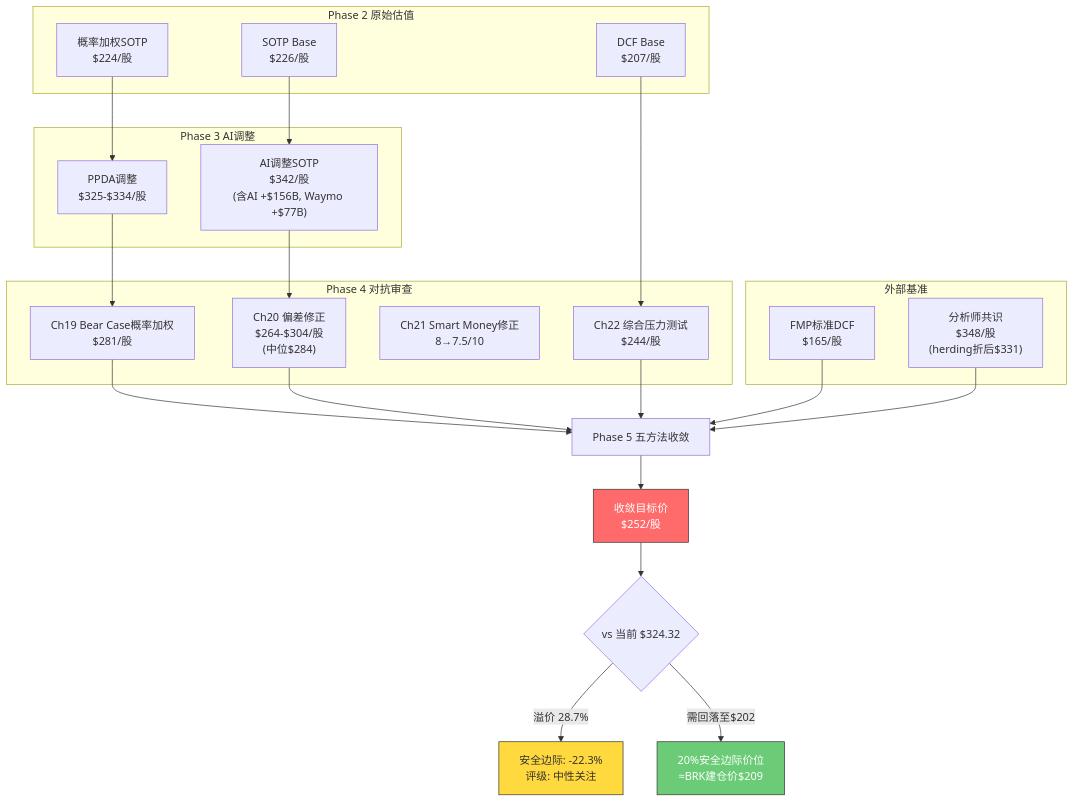
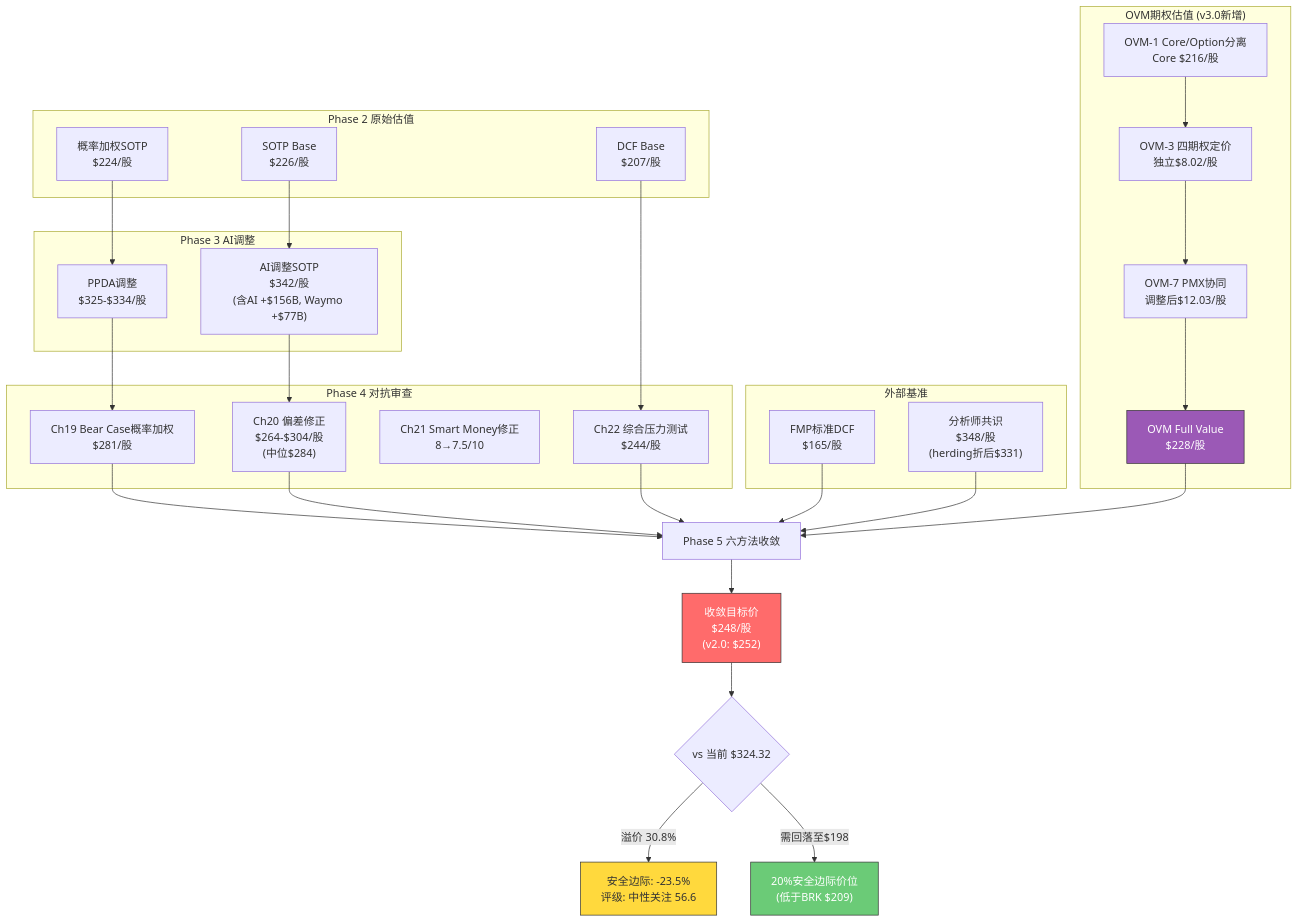
The third of 4 diagrams in reports/GOOGL_v2/staging/Ch23_scoring_valuation.md (miltonnewyork25-afk/investment-master), drawn with Mermaid before and after one commit. The commit also changed other lines of this file and 4 other files, not shown here.

````diff
--- a/reports/GOOGL_v2/staging/Ch23_scoring_valuation.md
+++ b/reports/GOOGL_v2/staging/Ch23_scoring_valuation.md
@@ -337,45 +349,55 @@
 ```mermaid
 flowchart TD
     subgraph "Phase 2 原始估值"
         A1["SOTP Base<br/>$226/股"]
         A2["DCF Base<br/>$207/股"]
         A3["概率加权SOTP<br/>$224/股"]
     end
 
     subgraph "Phase 3 AI调整"
         B1["AI调整SOTP<br/>$342/股<br/>(含AI +$156B, Waymo +$77B)"]
         B2["PPDA调整<br/>$325-$334/股"]
     end
 
     subgraph "Phase 4 对抗审查"
         C1["Ch19 Bear Case概率加权<br/>$281/股"]
         C2["Ch20 偏差修正<br/>$264-$304/股<br/>(中位$284)"]
         C3["Ch21 Smart Money修正<br/>8→7.5/10"]
         C4["Ch22 综合压力测试<br/>$244/股"]
     end
 
+    subgraph "OVM期权估值 (v3.0新增)"
+        O1["OVM-1 Core/Option分离<br/>Core $216/股"]
+        O2["OVM-3 四期权定价<br/>独立$8.02/股"]
+        O3["OVM-7 PMX协同<br/>调整后$12.03/股"]
+        O4["OVM Full Value<br/>$228/股"]
+    end
+
     subgraph "外部基准"
         D1["FMP标准DCF<br/>$165/股"]
         D2["分析师共识<br/>$348/股<br/>(herding折后$331)"]
     end
 
     A1 --> B1
     A2 --> C4
     A3 --> B2
     B1 --> C2
     B2 --> C1
-    C1 --> E["Phase 5 五方法收敛"]
+    O1 --> O2 --> O3 --> O4
+    C1 --> E["Phase 5 六方法收敛"]
     C2 --> E
     C4 --> E
     D1 --> E
     D2 --> E
+    O4 --> E
 
-    E --> F["收敛目标价<br/>$252/股"]
+    E --> F["收敛目标价<br/>$248/股<br/>(v2.0: $252)"]
     F --> G{"vs 当前 $324.32"}
-    G -->|"溢价 28.7%"| H["安全边际: -22.3%<br/>评级: 中性关注"]
-    G -->|"需回落至$202"| I["20%安全边际价位<br/>≈BRK建仓价$209"]
+    G -->|"溢价 30.8%"| H["安全边际: -23.5%<br/>评级: 中性关注 56.6"]
+    G -->|"需回落至$198"| I["20%安全边际价位<br/>(低于BRK $209)"]
 
     style F fill:#ff6b6b,color:#fff,stroke:#333
     style H fill:#ffd93d,color:#333,stroke:#333
     style I fill:#6bcb77,color:#fff,stroke:#333
+    style O4 fill:#9b59b6,color:#fff,stroke:#333
 ```
````
